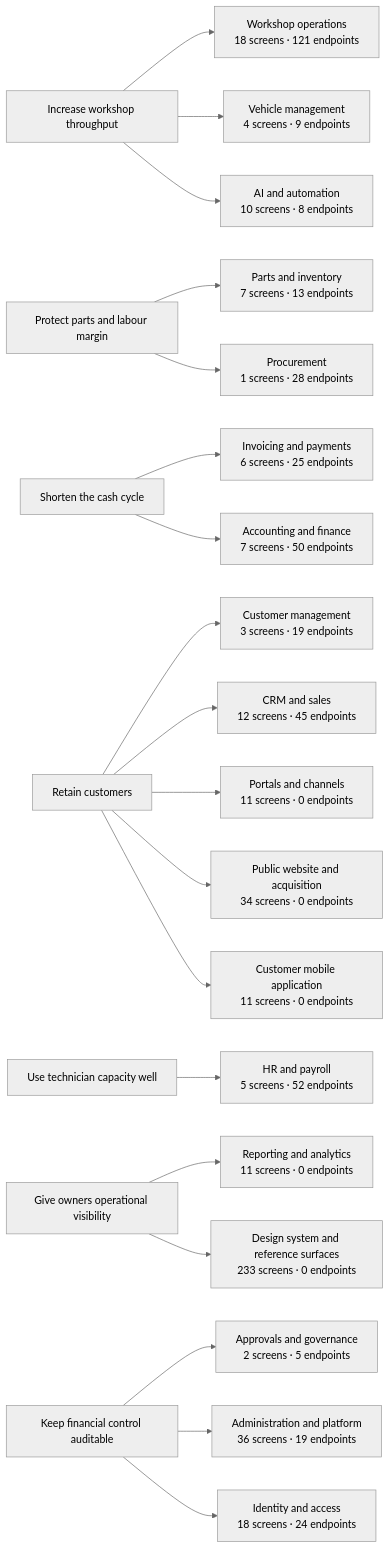
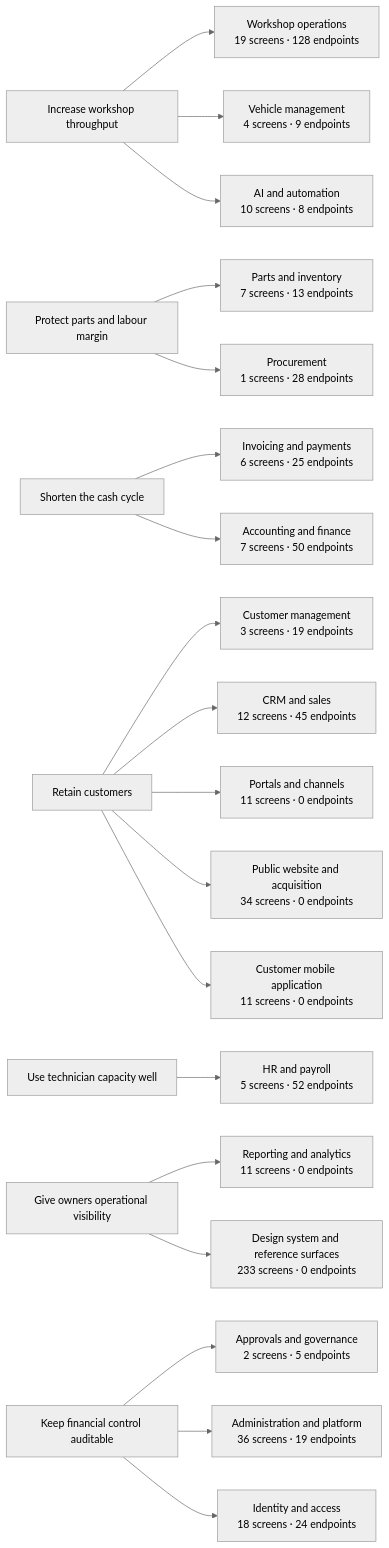
The diagram in docs/07_BUSINESS_ANALYSIS/BUSINESS_CAPABILITY_MAP.md (tazamohd/SlClNe), drawn with Mermaid (neutral theme) before and after one commit. The commit also changed other lines of this file and 66 other files, not shown here.

````diff
--- a/docs/07_BUSINESS_ANALYSIS/BUSINESS_CAPABILITY_MAP.md
+++ b/docs/07_BUSINESS_ANALYSIS/BUSINESS_CAPABILITY_MAP.md
@@ -22,46 +22,46 @@
 ```mermaid
 flowchart LR
   OBJ_THROUGHPUT["Increase workshop throughput"]
   OBJ_MARGIN["Protect parts and labour margin"]
   OBJ_CASH["Shorten the cash cycle"]
   OBJ_RETENTION["Retain customers"]
   OBJ_CAPACITY["Use technician capacity well"]
   OBJ_VISIBILITY["Give owners operational visibility"]
   OBJ_CONTROL["Keep financial control auditable"]
-  CAP_WORKSHOP["Workshop operations<br/>18 screens · 121 endpoints"]
+  CAP_WORKSHOP["Workshop operations<br/>19 screens · 128 endpoints"]
   OBJ_THROUGHPUT --> CAP_WORKSHOP
   CAP_CUSTOMERS["Customer management<br/>3 screens · 19 endpoints"]
   OBJ_RETENTION --> CAP_CUSTOMERS
   CAP_VEHICLES["Vehicle management<br/>4 screens · 9 endpoints"]
   OBJ_THROUGHPUT --> CAP_VEHICLES
   CAP_INVENTORY["Parts and inventory<br/>7 screens · 13 endpoints"]
   OBJ_MARGIN --> CAP_INVENTORY
   CAP_PROCUREMENT["Procurement<br/>1 screens · 28 endpoints"]
   OBJ_MARGIN --> CAP_PROCUREMENT
   CAP_BILLING["Invoicing and payments<br/>6 screens · 25 endpoints"]
   OBJ_CASH --> CAP_BILLING
   CAP_ACCOUNTING["Accounting and finance<br/>7 screens · 50 endpoints"]
   OBJ_CASH --> CAP_ACCOUNTING
   CAP_HR["HR and payroll<br/>5 screens · 52 endpoints"]
   OBJ_CAPACITY --> CAP_HR
   CAP_CRM["CRM and sales<br/>12 screens · 45 endpoints"]
   OBJ_RETENTION --> CAP_CRM
   CAP_REPORTING["Reporting and analytics<br/>11 screens · 0 endpoints"]
   OBJ_VISIBILITY --> CAP_REPORTING
   CAP_GOVERNANCE["Approvals and governance<br/>2 screens · 5 endpoints"]
   OBJ_CONTROL --> CAP_GOVERNANCE
   CAP_PORTALS["Portals and channels<br/>11 screens · 0 endpoints"]
   OBJ_RETENTION --> CAP_PORTALS
   CAP_AI["AI and automation<br/>10 screens · 8 endpoints"]
   OBJ_THROUGHPUT --> CAP_AI
   CAP_PLATFORM["Administration and platform<br/>36 screens · 19 endpoints"]
   OBJ_CONTROL --> CAP_PLATFORM
   CAP_IDENTITY["Identity and access<br/>18 screens · 24 endpoints"]
   OBJ_CONTROL --> CAP_IDENTITY
   CAP_WEBSITE["Public website and acquisition<br/>34 screens · 0 endpoints"]
   OBJ_RETENTION --> CAP_WEBSITE
   CAP_CUSTOMERAPP["Customer mobile application<br/>11 screens · 0 endpoints"]
   OBJ_RETENTION --> CAP_CUSTOMERAPP
   CAP_DESIGNSYSTEM["Design system and reference surfaces<br/>233 screens · 0 endpoints"]
   OBJ_VISIBILITY --> CAP_DESIGNSYSTEM
 ```
````
